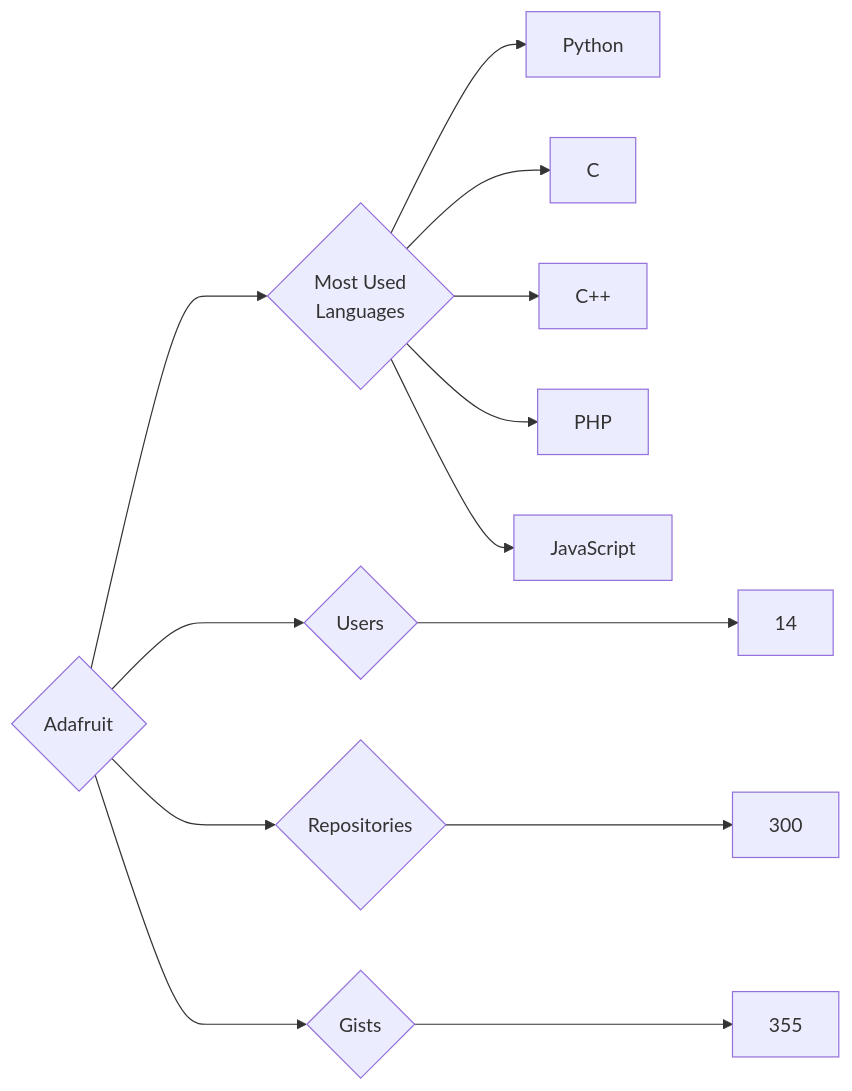
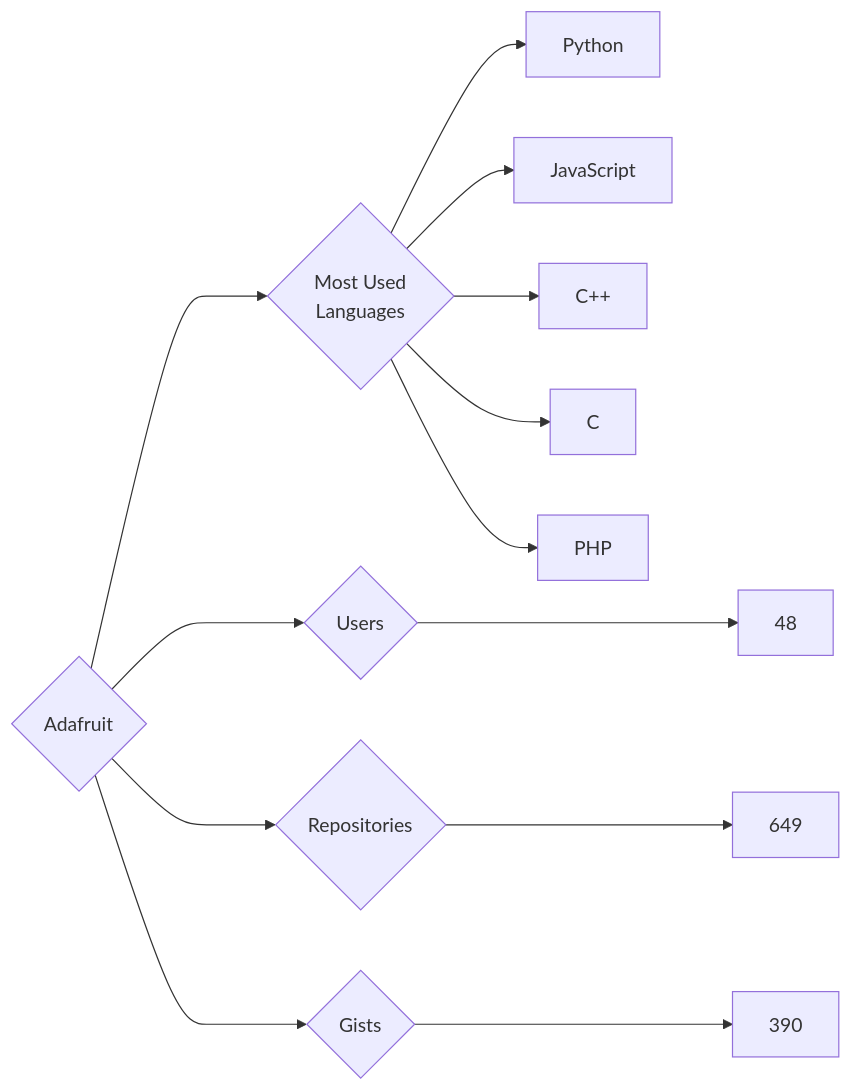
The diagram in targets/Adafruit/README.md (trickest/insiders), drawn with Mermaid before and after one commit. The commit also changed 1314 other files, not shown here.

````diff
--- a/targets/Adafruit/README.md
+++ b/targets/Adafruit/README.md
@@ -3,13 +3,13 @@
 ```mermaid
 graph LR
 COMPANY_NAME{Adafruit}
-COMPANY_NAME ---> U{Users} ---> UN[14]
-COMPANY_NAME ---> R{Repositories} ---> RN[300]
-COMPANY_NAME ---> G{Gists} ---> GN[355]
+COMPANY_NAME ---> U{Users} ---> UN[48]
+COMPANY_NAME ---> R{Repositories} ---> RN[649]
+COMPANY_NAME ---> G{Gists} ---> GN[390]
 COMPANY_NAME ---> ML{Most Used<br>Languages}
 ML --> Python[Python]
+ML --> JavaScript[JavaScript]
+ML --> C++[C++]
 ML --> C[C]
-ML --> C++[C++]
 ML --> PHP[PHP]
-ML --> JavaScript[JavaScript]
 ```
````
